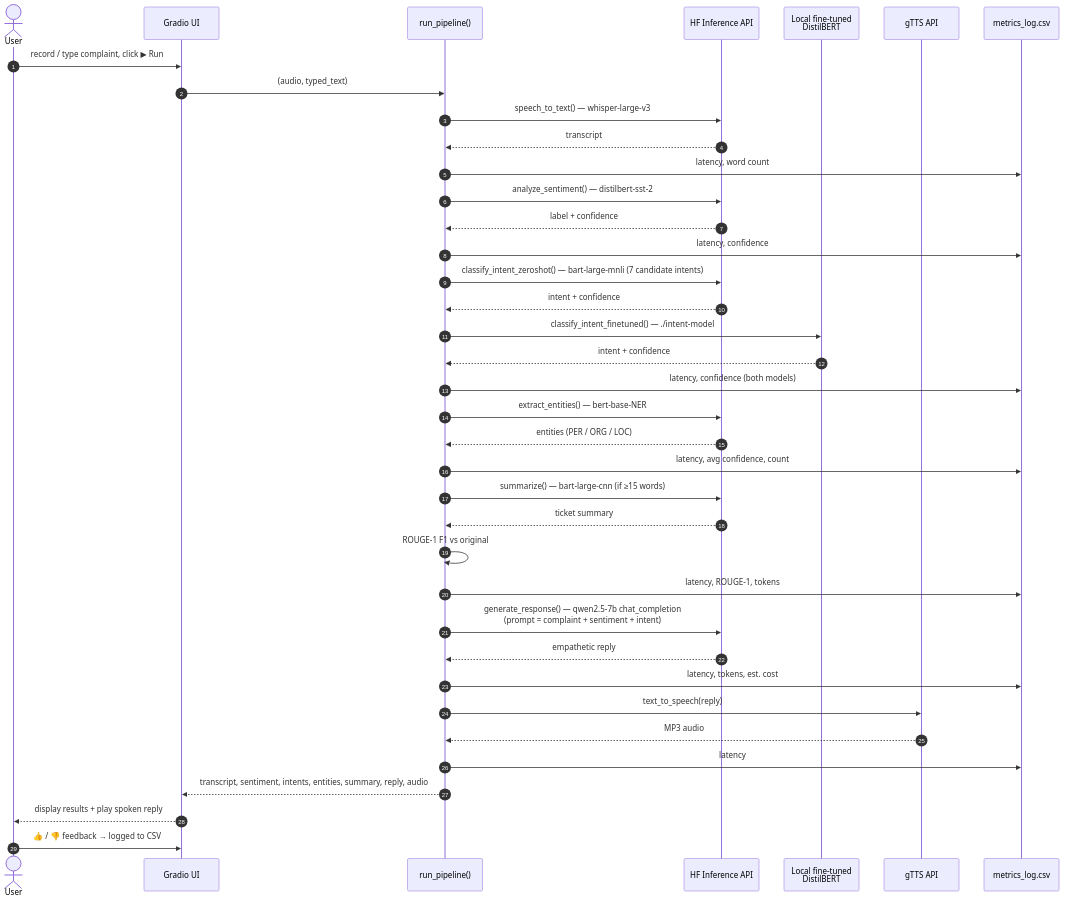
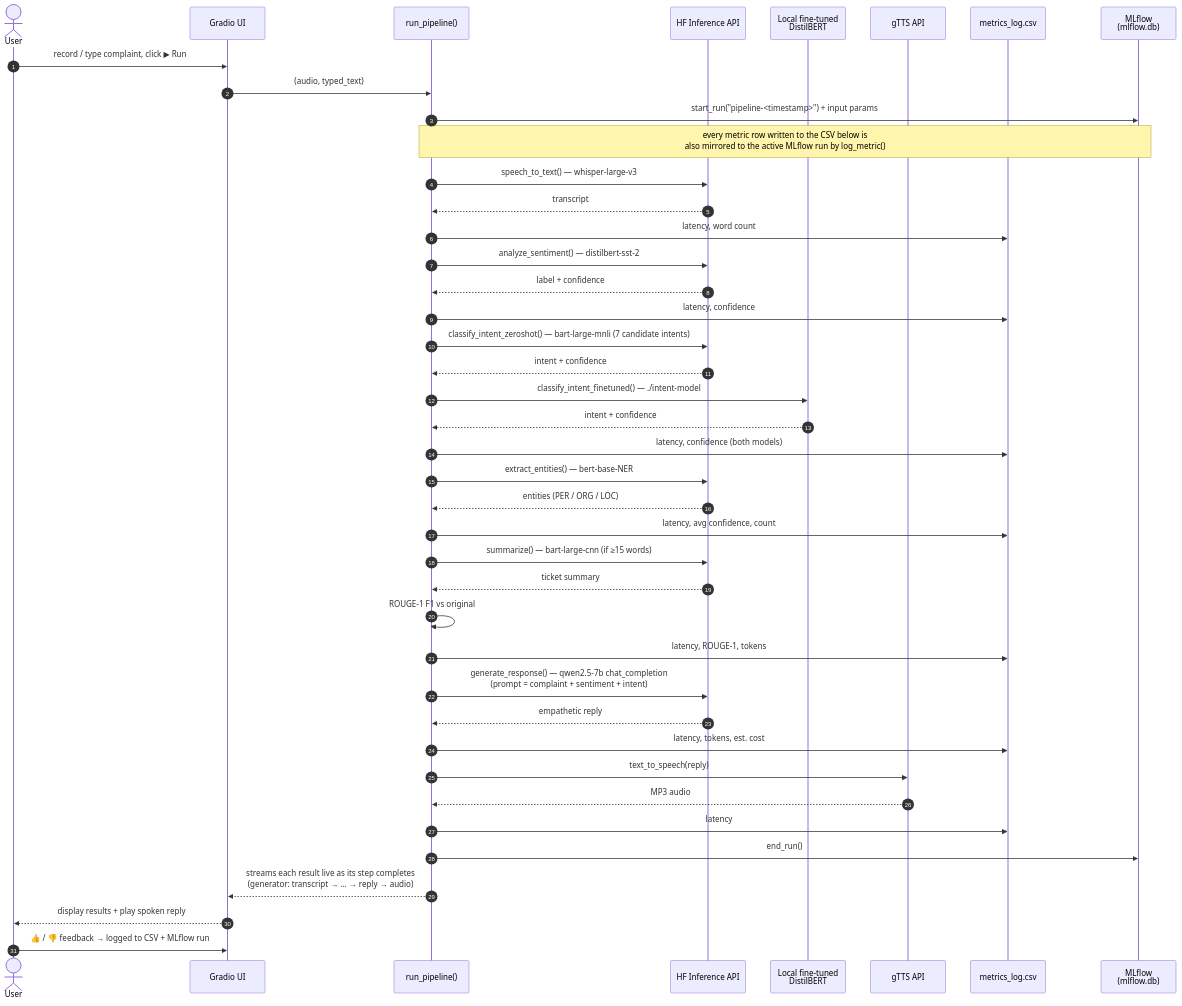
One commit to yogisamy/voicedesk-ai changed the second of 2 diagrams in README.md. Above: the diagram before and after it, drawn with Mermaid. The commit also changed other lines of this file and 5 other files, not shown here.

````diff
--- a/README.md
+++ b/README.md
@@ -56,49 +59,53 @@
 ```mermaid
 sequenceDiagram
     autonumber
     actor User
     participant UI as Gradio UI
     participant P as run_pipeline()
     participant HF as HF Inference API
     participant FT as Local fine-tuned<br/>DistilBERT
     participant G as gTTS API
     participant CSV as metrics_log.csv
+    participant ML as MLflow<br/>(mlflow.db)
 
     User->>UI: record / type complaint, click ▶ Run
     UI->>P: (audio, typed_text)
+    P->>ML: start_run("pipeline-<timestamp>") + input params
+    Note over P,ML: every metric row written to the CSV below is<br/>also mirrored to the active MLflow run by log_metric()
 
     P->>HF: speech_to_text() — whisper-large-v3
     HF-->>P: transcript
     P->>CSV: latency, word count
 
     P->>HF: analyze_sentiment() — distilbert-sst-2
     HF-->>P: label + confidence
     P->>CSV: latency, confidence
 
     P->>HF: classify_intent_zeroshot() — bart-large-mnli (7 candidate intents)
     HF-->>P: intent + confidence
     P->>FT: classify_intent_finetuned() — ./intent-model
     FT-->>P: intent + confidence
     P->>CSV: latency, confidence (both models)
 
     P->>HF: extract_entities() — bert-base-NER
     HF-->>P: entities (PER / ORG / LOC)
     P->>CSV: latency, avg confidence, count
 
     P->>HF: summarize() — bart-large-cnn (if ≥15 words)
     HF-->>P: ticket summary
     P->>P: ROUGE-1 F1 vs original
     P->>CSV: latency, ROUGE-1, tokens
 
     P->>HF: generate_response() — qwen2.5-7b chat_completion<br/>(prompt = complaint + sentiment + intent)
     HF-->>P: empathetic reply
     P->>CSV: latency, tokens, est. cost
 
     P->>G: text_to_speech(reply)
     G-->>P: MP3 audio
     P->>CSV: latency
+    P->>ML: end_run()
 
-    P-->>UI: transcript, sentiment, intents, entities, summary, reply, audio
+    P-->>UI: streams each result live as its step completes<br/>(generator: transcript → … → reply → audio)
     UI-->>User: display results + play spoken reply
-    User->>UI: 👍 / 👎 feedback → logged to CSV
+    User->>UI: 👍 / 👎 feedback → logged to CSV + MLflow run
 ```
````
